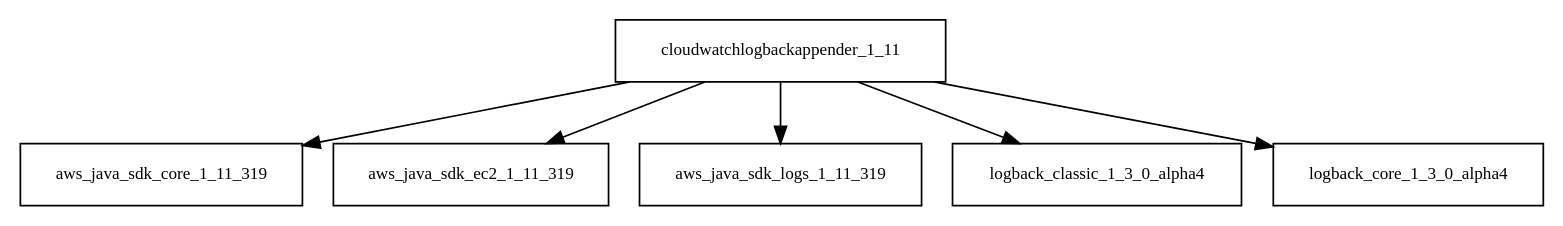
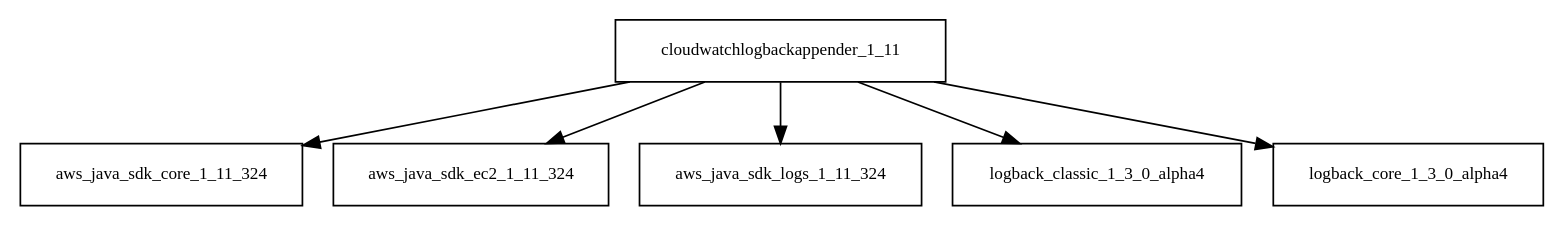
Before and after one commit to sjvs/cia: the diagram in tattleTaleReport/graphviz/cloudwatchlogbackappender-1.11.jar/cloudwatchlogbackappender-1.11.jar.dot, drawn with Graphviz. The commit also changed 2298 other files, not shown here.

```diff
--- a/tattleTaleReport/graphviz/cloudwatchlogbackappender-1.11.jar/cloudwatchlogbackappender-1.11.jar.dot
+++ b/tattleTaleReport/graphviz/cloudwatchlogbackappender-1.11.jar/cloudwatchlogbackappender-1.11.jar.dot
@@ -1,8 +1,8 @@
 digraph cloudwatchlogbackappender_1_11_dependencies {
   node [shape = box, fontsize=10.0];
-  cloudwatchlogbackappender_1_11 -> aws_java_sdk_core_1_11_319;
-  cloudwatchlogbackappender_1_11 -> aws_java_sdk_ec2_1_11_319;
-  cloudwatchlogbackappender_1_11 -> aws_java_sdk_logs_1_11_319;
+  cloudwatchlogbackappender_1_11 -> aws_java_sdk_core_1_11_324;
+  cloudwatchlogbackappender_1_11 -> aws_java_sdk_ec2_1_11_324;
+  cloudwatchlogbackappender_1_11 -> aws_java_sdk_logs_1_11_324;
   cloudwatchlogbackappender_1_11 -> logback_classic_1_3_0_alpha4;
   cloudwatchlogbackappender_1_11 -> logback_core_1_3_0_alpha4;
 }
```
